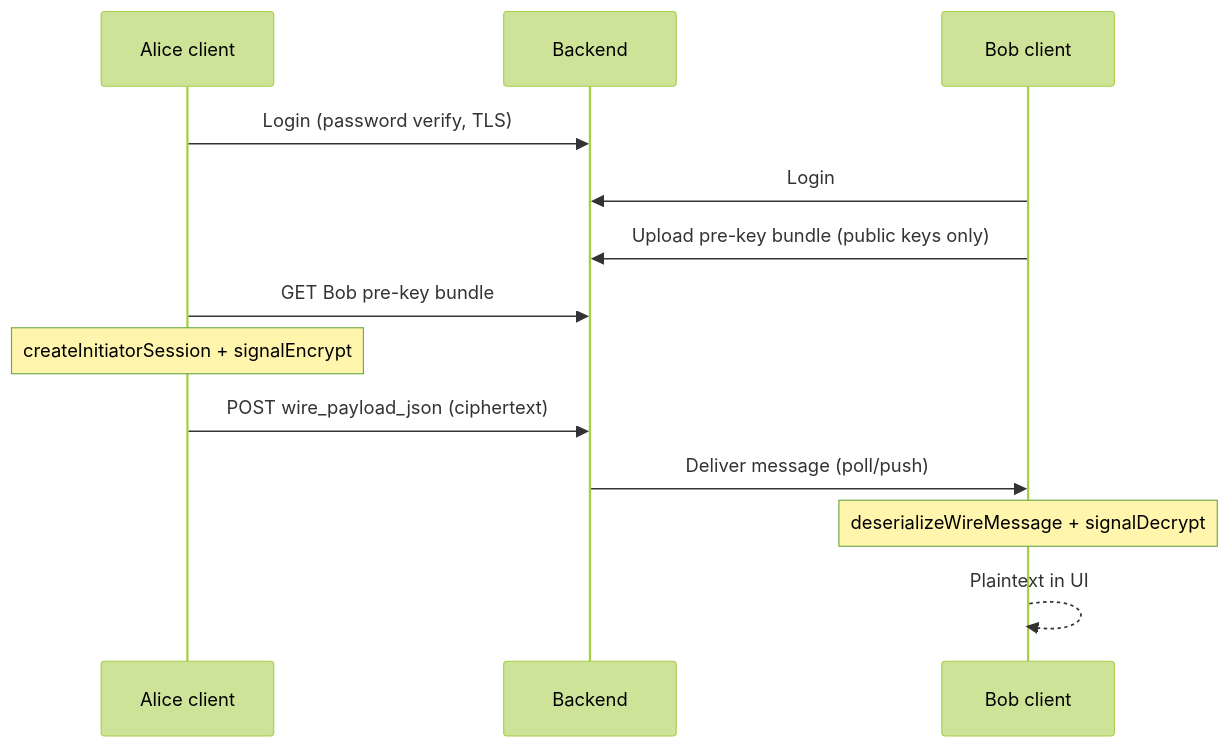
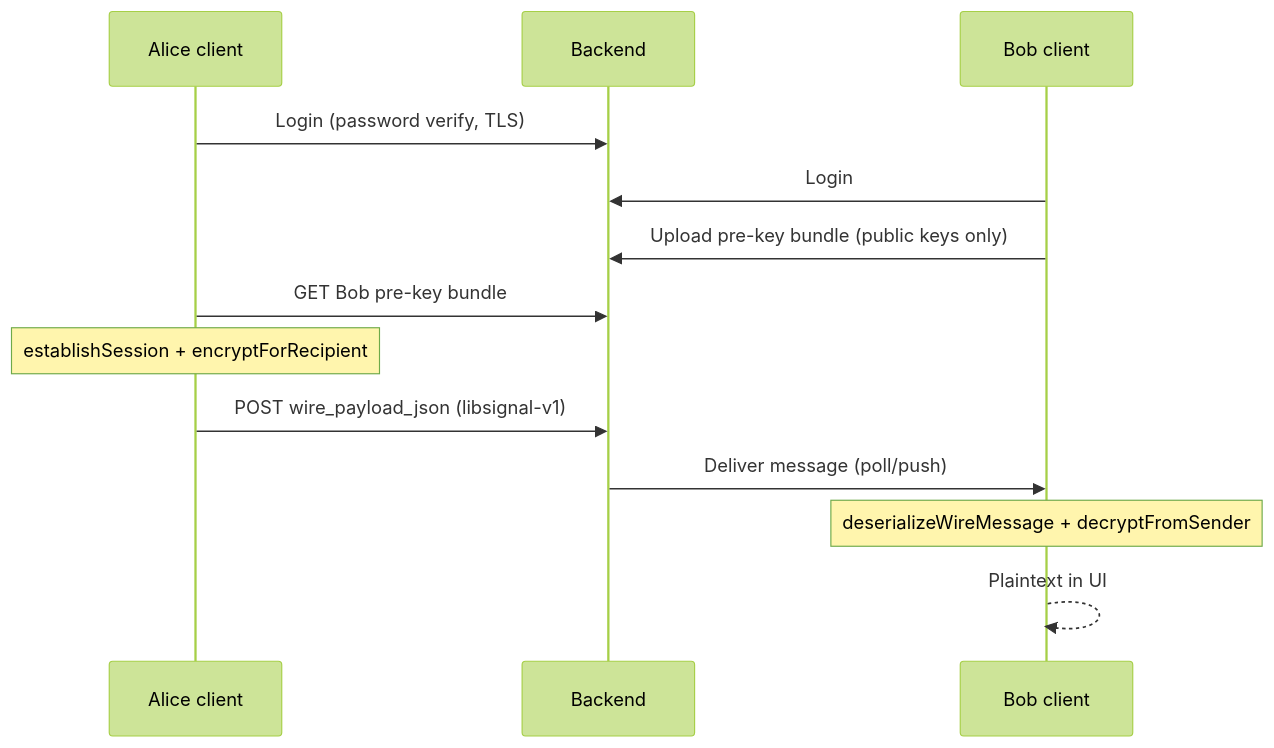
The second of 2 diagrams in docs/architecture.md (EoinOKelly/Epic-KFC), drawn with Mermaid (forest theme) before and after one commit. The commit also changed 24 other files, not shown here.

Commit message:
Migrate E2EE to libsignal with AES-256-GCM payload envelope and demo scripts

````diff
--- a/docs/architecture.md
+++ b/docs/architecture.md
@@ -52,16 +52,16 @@
 ```mermaid
 sequenceDiagram
   participant A as Alice client
   participant S as Backend
   participant B as Bob client
 
   A->>S: Login (password verify, TLS)
   B->>S: Login
   B->>S: Upload pre-key bundle (public keys only)
   A->>S: GET Bob pre-key bundle
-  Note over A: createInitiatorSession + signalEncrypt
-  A->>S: POST wire_payload_json (ciphertext)
+  Note over A: establishSession + encryptForRecipient
+  A->>S: POST wire_payload_json (libsignal-v1)
   S->>B: Deliver message (poll/push)
-  Note over B: deserializeWireMessage + signalDecrypt
+  Note over B: deserializeWireMessage + decryptFromSender
   B-->>B: Plaintext in UI
 ```
````
